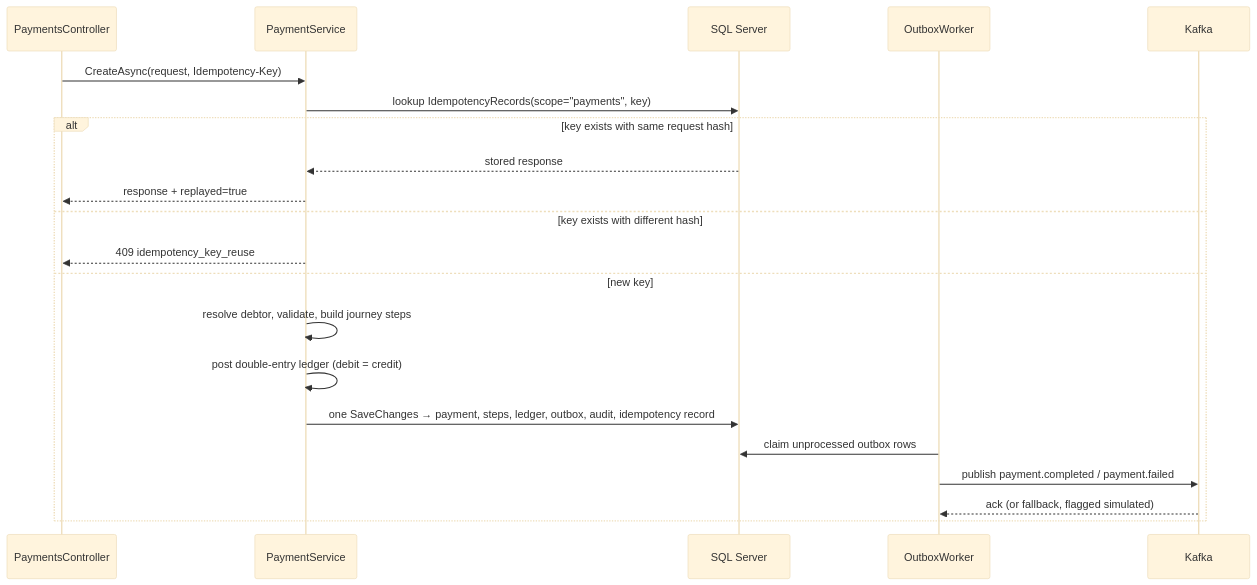
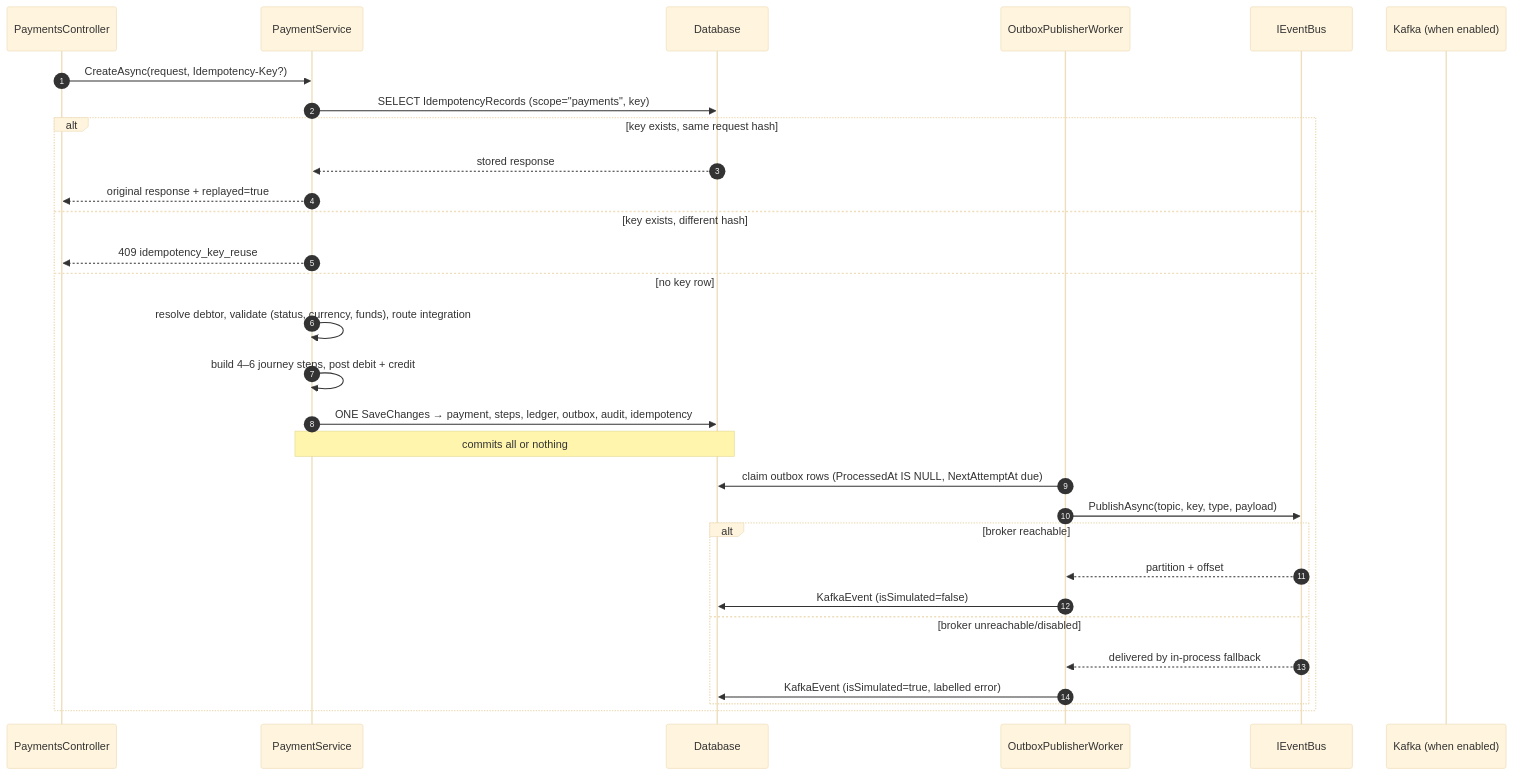
One commit to Rutuja-Shukla/NexusBank-Enterprise-Intelligence-Platform changed the seventh of 12 diagrams in docs/ARCHITECTURE.md. Above: the diagram before and after it, drawn with Mermaid (base theme). The commit also changed other lines of this file and 20 other files, not shown here.

````diff
--- a/docs/ARCHITECTURE.md
+++ b/docs/ARCHITECTURE.md
@@ -112,24 +286,33 @@
 ```mermaid
 sequenceDiagram
+    autonumber
     participant API as PaymentsController
     participant PS as PaymentService
-    participant DB as SQL Server
-    participant OB as OutboxWorker
-    participant K as Kafka
+    participant DB as Database
+    participant OB as OutboxPublisherWorker
+    participant BUS as IEventBus
+    participant K as Kafka (when enabled)
 
-    API->>PS: CreateAsync(request, Idempotency-Key)
-    PS->>DB: lookup IdempotencyRecords(scope="payments", key)
-    alt key exists with same request hash
+    API->>PS: CreateAsync(request, Idempotency-Key?)
+    PS->>DB: SELECT IdempotencyRecords (scope="payments", key)
+    alt key exists, same request hash
         DB-->>PS: stored response
-        PS-->>API: response + replayed=true
-    else key exists with different hash
+        PS-->>API: original response + replayed=true
+    else key exists, different hash
         PS-->>API: 409 idempotency_key_reuse
-    else new key
-        PS->>PS: resolve debtor, validate, build journey steps
-        PS->>PS: post double-entry ledger (debit = credit)
-        PS->>DB: one SaveChanges → payment, steps, ledger, outbox, audit, idempotency record
-        OB->>DB: claim unprocessed outbox rows
-        OB->>K: publish payment.completed / payment.failed
-        K-->>OB: ack (or fallback, flagged simulated)
+    else no key row
+        PS->>PS: resolve debtor, validate (status, currency, funds), route integration
+        PS->>PS: build 4–6 journey steps, post debit + credit
+        PS->>DB: ONE SaveChanges → payment, steps, ledger, outbox, audit, idempotency
+        Note over PS,DB: commits all or nothing
+        OB->>DB: claim outbox rows (ProcessedAt IS NULL, NextAttemptAt due)
+        OB->>BUS: PublishAsync(topic, key, type, payload)
+        alt broker reachable
+            BUS-->>OB: partition + offset
+            OB->>DB: KafkaEvent (isSimulated=false)
+        else broker unreachable/disabled
+            BUS-->>OB: delivered by in-process fallback
+            OB->>DB: KafkaEvent (isSimulated=true, labelled error)
+        end
     end
 ```
````
